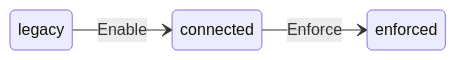
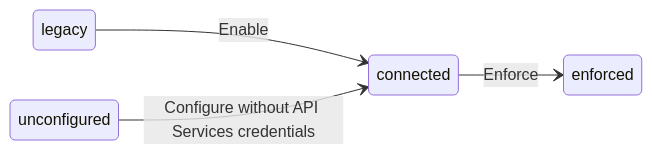
The second of 2 diagrams in proposals/2026-09-23-okta-scim/README.md (g-linville/obot-design-proposals), drawn with Mermaid before and after one commit. The commit also changed other lines of this file, not shown here.

````diff
--- a/proposals/2026-09-23-okta-scim/README.md
+++ b/proposals/2026-09-23-okta-scim/README.md
@@ -133,6 +133,7 @@
 ```mermaid
 stateDiagram-v2
     direction LR
     legacy --> connected: Enable
+    unconfigured --> connected: Configure without API Services credentials
     connected --> enforced: Enforce
 ```
````
